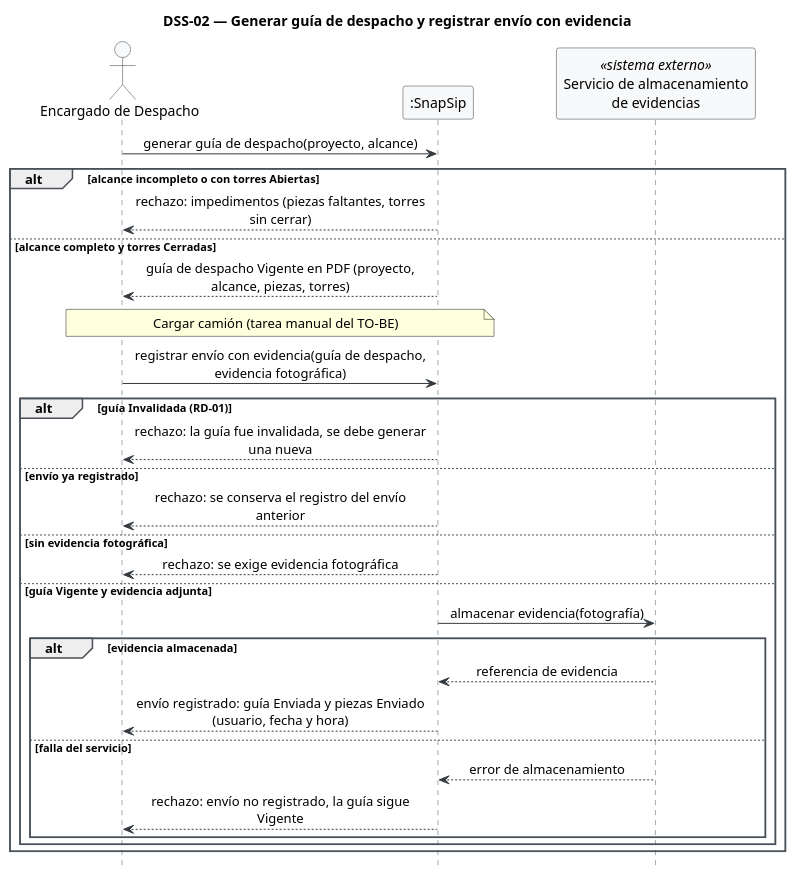
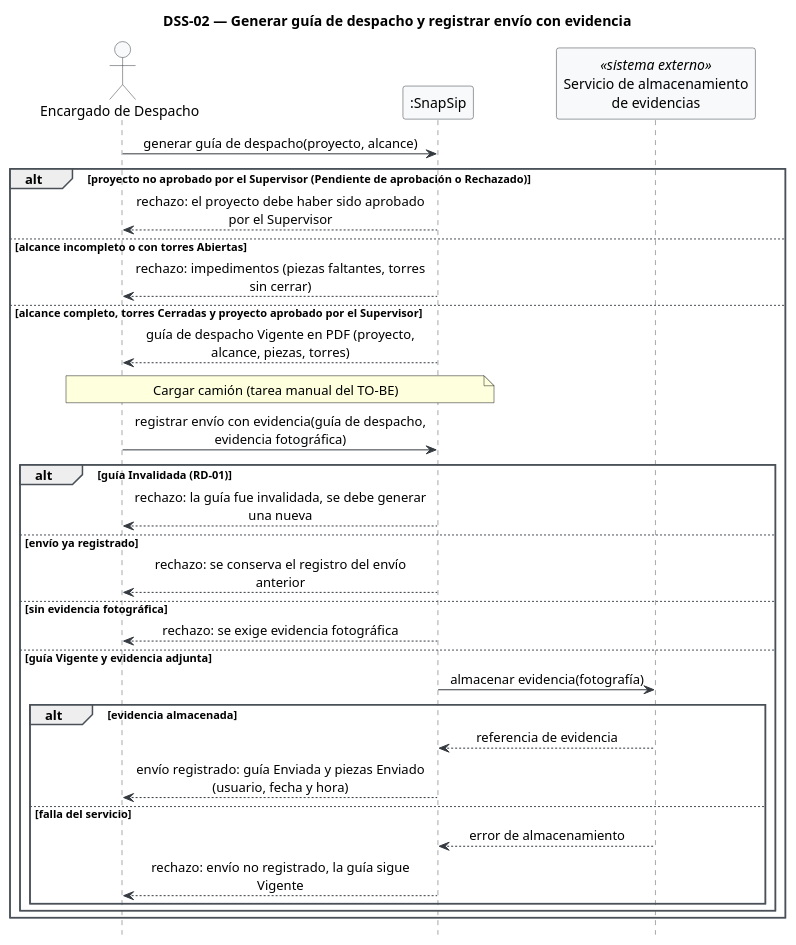
The diagram in diagramas/dss-02.puml (Foyzen-Kaze/snapsip), drawn with PlantUML before and after one commit. The commit also changed 12 other files, not shown here.

Commit message:
Diagramas de estado y secuencia correccion

```diff
--- a/diagramas/dss-02.puml
+++ b/diagramas/dss-02.puml
@@ -1,45 +1,47 @@
 @startuml dss-02
 title DSS-02 — Generar guía de despacho y registrar envío con evidencia
 hide footbox
 skinparam shadowing false
 skinparam sequenceMessageAlign center
 skinparam maxMessageSize 300
 skinparam sequence {
   ArrowColor #343A40
   LifeLineBorderColor #495057
   ParticipantBackgroundColor #F8F9FA
   ParticipantBorderColor #343A40
   ActorBackgroundColor #F8F9FA
   ActorBorderColor #343A40
   GroupBorderColor #495057
 }
 
 actor "Encargado de Despacho" as ED
 participant ":SnapSip" as SS
 participant "Servicio de almacenamiento\nde evidencias" as ALM <<sistema externo>>
 
 ED -> SS : generar guía de despacho(proyecto, alcance)
-alt alcance incompleto o con torres Abiertas
+alt proyecto no aprobado por el Supervisor (Pendiente de aprobación o Rechazado)
+  SS --> ED : rechazo: el proyecto debe haber sido aprobado por el Supervisor
+else alcance incompleto o con torres Abiertas
   SS --> ED : rechazo: impedimentos (piezas faltantes, torres sin cerrar)
-else alcance completo y torres Cerradas
+else alcance completo, torres Cerradas y proyecto aprobado por el Supervisor
   SS --> ED : guía de despacho Vigente en PDF (proyecto, alcance, piezas, torres)
   note over ED, SS : Cargar camión (tarea manual del TO-BE)
   ED -> SS : registrar envío con evidencia(guía de despacho, evidencia fotográfica)
   alt guía Invalidada (RD-01)
     SS --> ED : rechazo: la guía fue invalidada, se debe generar una nueva
   else envío ya registrado
     SS --> ED : rechazo: se conserva el registro del envío anterior
   else sin evidencia fotográfica
     SS --> ED : rechazo: se exige evidencia fotográfica
   else guía Vigente y evidencia adjunta
     SS -> ALM : almacenar evidencia(fotografía)
     alt evidencia almacenada
       ALM --> SS : referencia de evidencia
       SS --> ED : envío registrado: guía Enviada y piezas Enviado (usuario, fecha y hora)
     else falla del servicio
       ALM --> SS : error de almacenamiento
       SS --> ED : rechazo: envío no registrado, la guía sigue Vigente
     end
   end
 end
 @enduml
```
